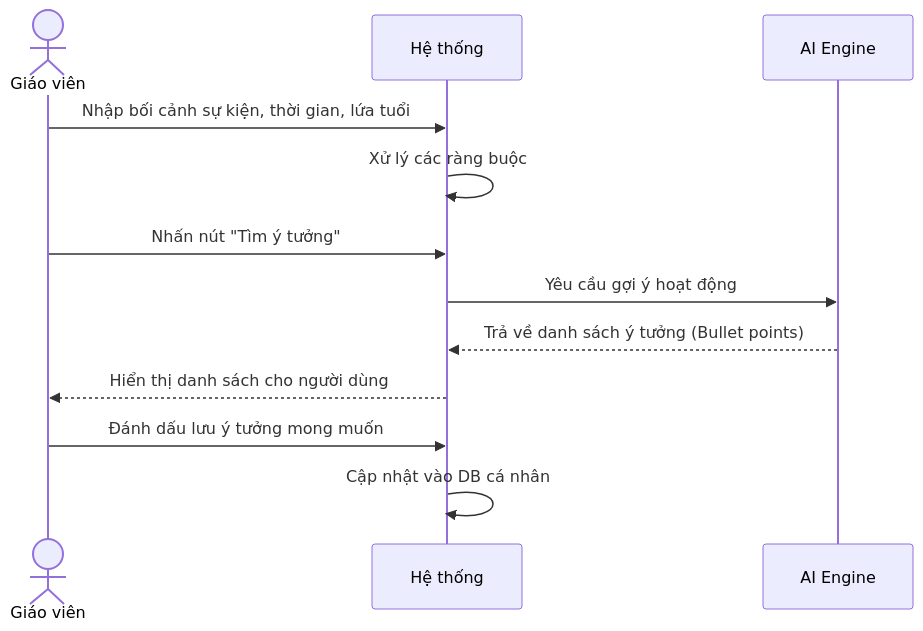
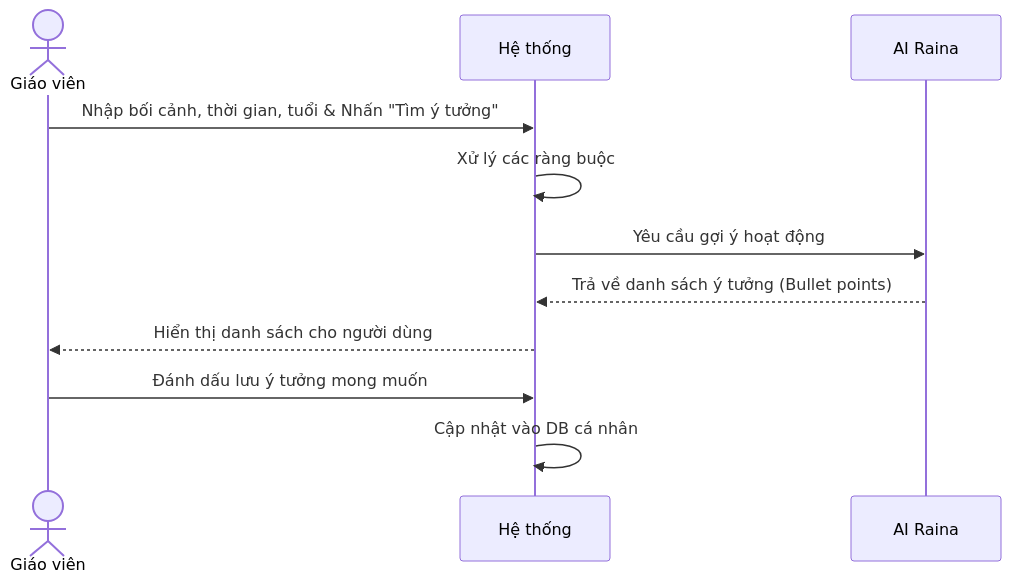
Before and after one commit to Cong-ty-TNNH-Q-Tech/Q-School: the third of 3 diagrams in docs/usecase/nhom_4_ai_assistant.md, drawn with Mermaid. The commit also changed other lines of this file and 4 other files, not shown here.

Commit message:
docs(usecase): standardize all tables and sequence diagrams, fix temporal logic and AI roles

````diff
--- a/docs/usecase/nhom_4_ai_assistant.md
+++ b/docs/usecase/nhom_4_ai_assistant.md
@@ -88,15 +83,14 @@
 ```mermaid
 sequenceDiagram
     actor GV as Giáo viên
     participant HT as Hệ thống
-    participant AI as AI Engine
+    participant AI as AI Raina
 
-    GV->>HT: Nhập bối cảnh sự kiện, thời gian, lứa tuổi
+    GV->>HT: Nhập bối cảnh, thời gian, tuổi & Nhấn "Tìm ý tưởng"
     HT->>HT: Xử lý các ràng buộc
-    GV->>HT: Nhấn nút "Tìm ý tưởng"
     HT->>AI: Yêu cầu gợi ý hoạt động
     AI-->>HT: Trả về danh sách ý tưởng (Bullet points)
     HT-->>GV: Hiển thị danh sách cho người dùng
     GV->>HT: Đánh dấu lưu ý tưởng mong muốn
     HT->>HT: Cập nhật vào DB cá nhân
 ```
````
